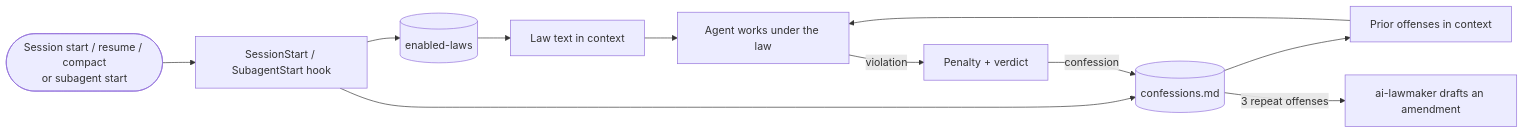
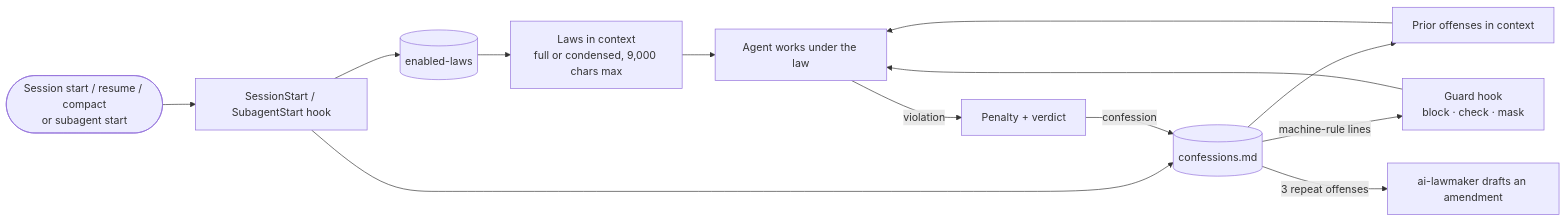
The diagram in README.md (jinyeong03/ai-lawbook), drawn with Mermaid before and after one commit. The commit also changed other lines of this file and 38 other files, not shown here.

````diff
--- a/README.md
+++ b/README.md
@@ -152,13 +153,15 @@
 ```mermaid
 flowchart LR
   S([Session start / resume / compact<br/>or subagent start]) --> H[SessionStart / SubagentStart hook]
   H --> R[(enabled-laws)]
   H --> L[(confessions.md)]
-  R --> C[Law text in context]
+  R --> C[Laws in context<br/>full or condensed, 9,000 chars max]
   L --> P[Prior offenses in context]
   C --> W[Agent works under the law]
   P --> W
+  L -- machine-rule lines --> G[Guard hook<br/>block · check · mask]
+  G --> W
   W -- violation --> J[Penalty + verdict]
   J -- confession --> L
   L -- 3 repeat offenses --> M[ai-lawmaker drafts an amendment]
 ```
````
